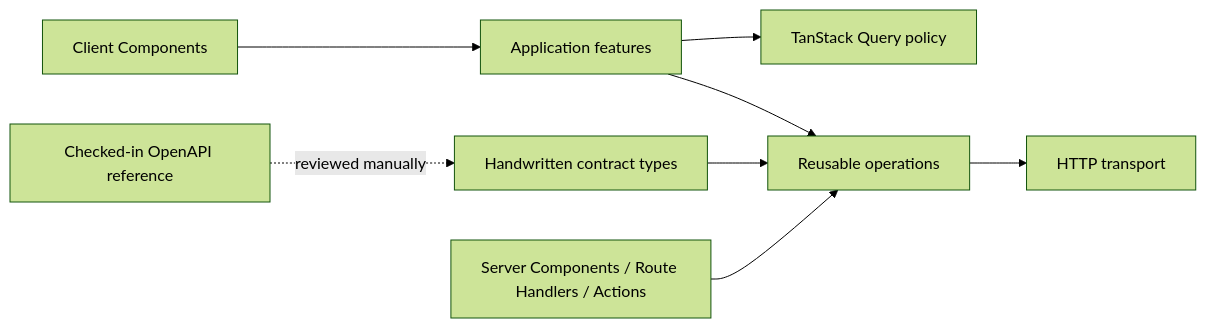
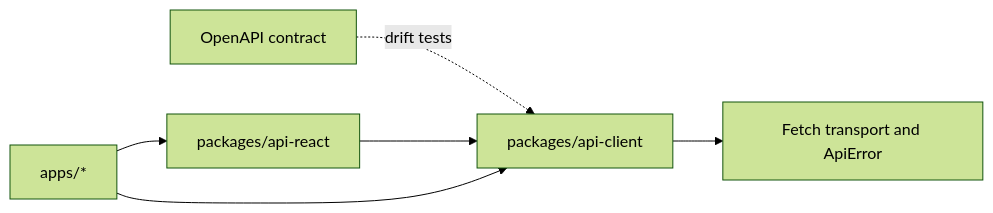
The diagram in docs/architecture/07-api-client.md (chukwuemekanweke/nextjs-project-template), drawn with Mermaid (forest theme) before and after one commit. The commit also changed other lines of this file and 71 other files, not shown here.

Commit message:
Fixed api client code

````diff
--- a/docs/architecture/07-api-client.md
+++ b/docs/architecture/07-api-client.md
@@ -9,10 +9,8 @@
 ```mermaid
 flowchart LR
-  OpenAPI[Checked-in OpenAPI reference] -. reviewed manually .-> Contracts[Handwritten contract types]
-  Contracts --> Operations[Reusable operations]
-  Operations --> Transport[HTTP transport]
-  Features[Application features] --> Operations
-  Features --> Query[TanStack Query policy]
-  Server[Server Components / Route Handlers / Actions] --> Operations
-  Browser[Client Components] --> Features
+  OpenAPI[OpenAPI contract] -. drift tests .-> Client[packages/api-client]
+  Client --> Transport[Fetch transport and ApiError]
+  React[packages/api-react] --> Client
+  Apps[apps/*] --> React
+  Apps --> Client
 ```
````
